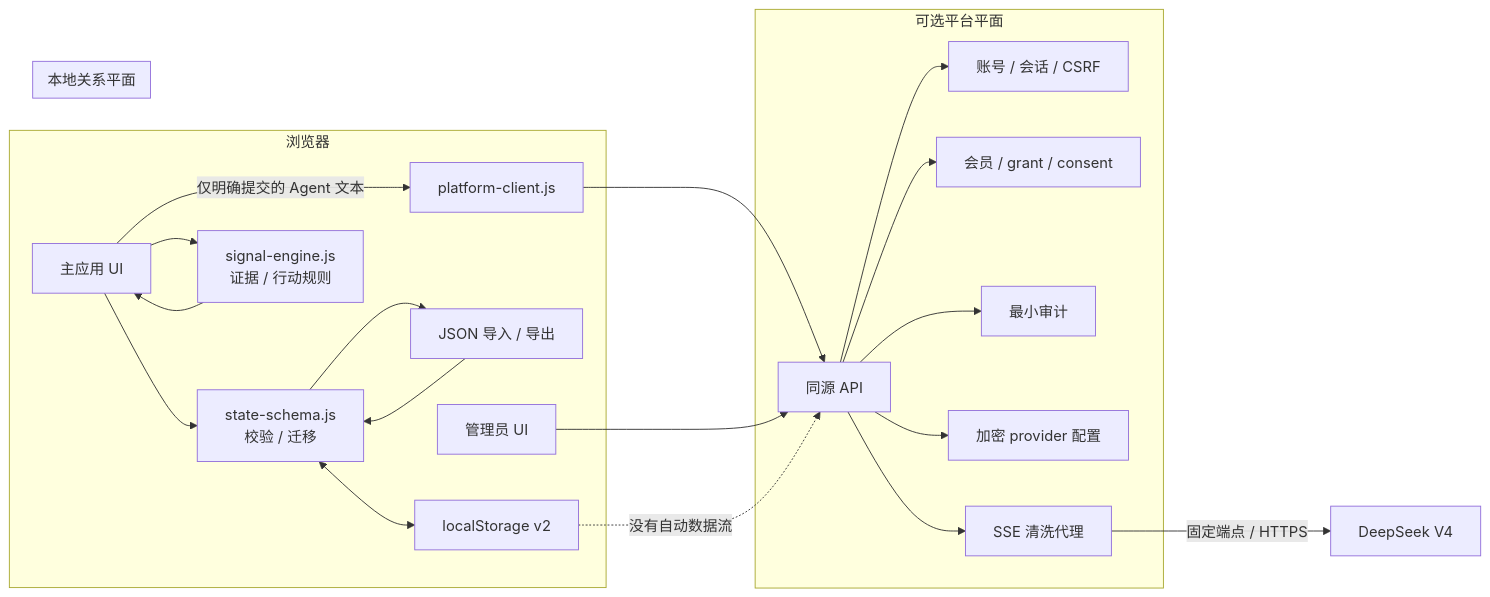
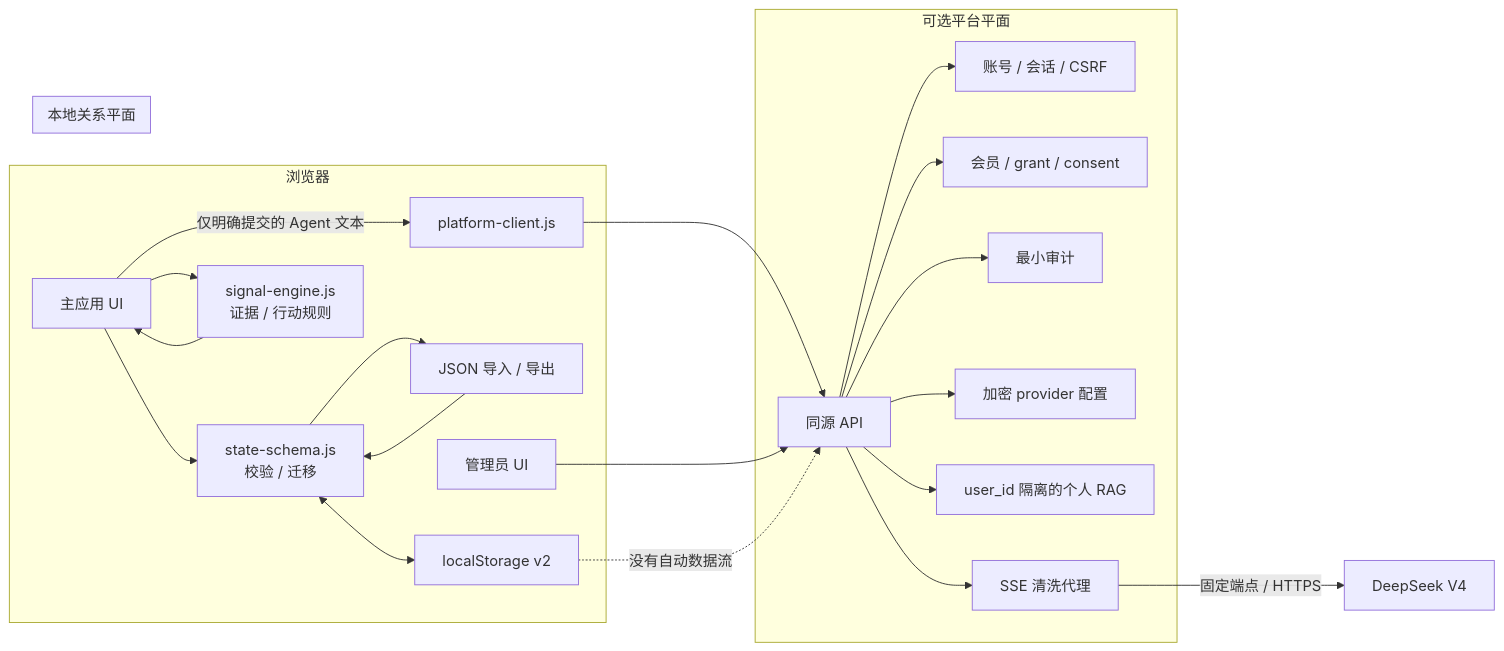
One commit to TianLongLuo/game-signal-lab changed the diagram in docs/ARCHITECTURE.md. Above: the diagram before and after it, drawn with Mermaid. The commit also changed other lines of this file, not shown here.

Commit message:
sync docs/ARCHITECTURE.md from 091c592

````diff
--- a/docs/ARCHITECTURE.md
+++ b/docs/ARCHITECTURE.md
@@ -12,47 +12,49 @@
 ```mermaid
 flowchart LR
   subgraph Browser["浏览器"]
     UI["主应用 UI"]
     Schema["state-schema.js\n校验 / 迁移"]
     Engine["signal-engine.js\n证据 / 行动规则"]
     Local["localStorage v2"]
     File["JSON 导入 / 导出"]
     PlatformClient["platform-client.js"]
     Admin["管理员 UI"]
   end
 
   subgraph LocalPlane["本地关系平面"]
     Schema
     Engine
     Local
     File
   end
 
   subgraph PlatformPlane["可选平台平面"]
     API["同源 API"]
     Auth["账号 / 会话 / CSRF"]
     Access["会员 / grant / consent"]
     Audit["最小审计"]
     Provider["加密 provider 配置"]
+    RAG["user_id 隔离的个人 RAG"]
     Stream["SSE 清洗代理"]
   end
 
   UI --> Schema
   UI --> Engine
   Schema <--> Local
   File --> Schema
   Schema --> File
   Engine --> UI
 
   UI -->|"仅明确提交的 Agent 文本"| PlatformClient
   PlatformClient --> API
   Admin --> API
   API --> Auth
   API --> Access
   API --> Audit
   API --> Provider
+  API --> RAG
   API --> Stream
   Stream -->|"固定端点 / HTTPS"| DeepSeek["DeepSeek V4"]
 
   Local -. "没有自动数据流" .-> API
 ```
````
